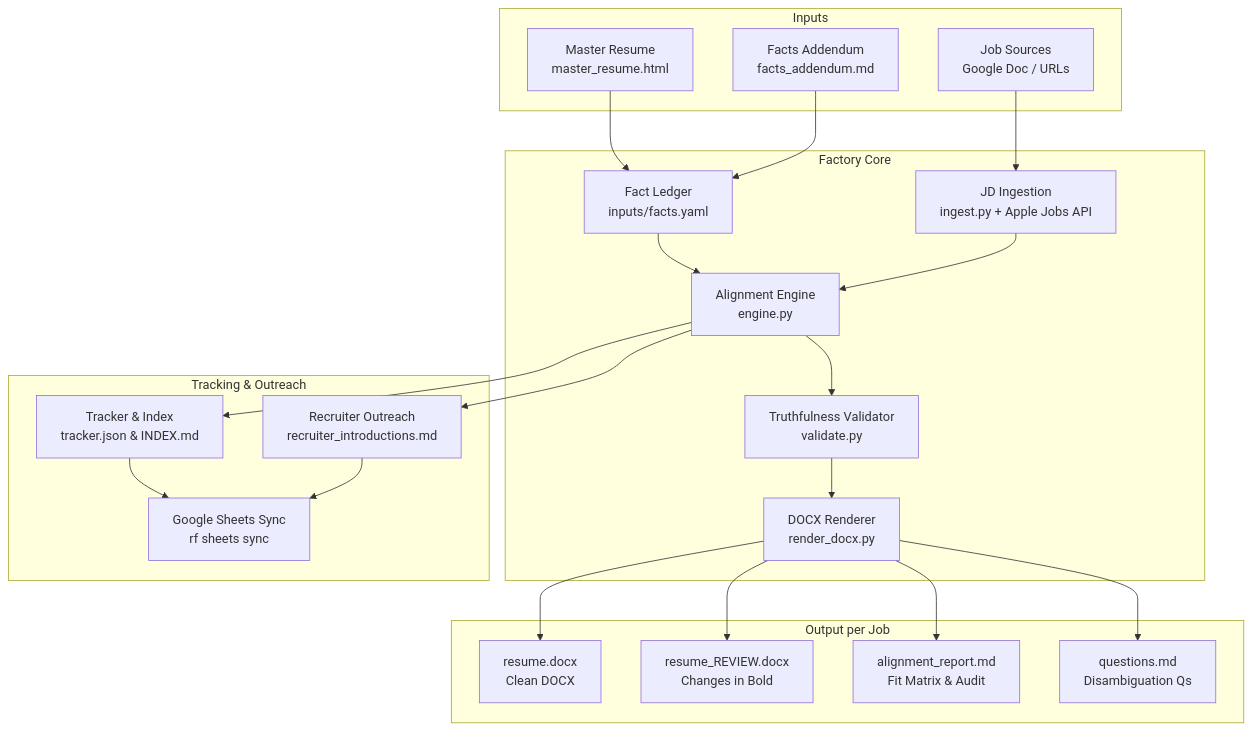
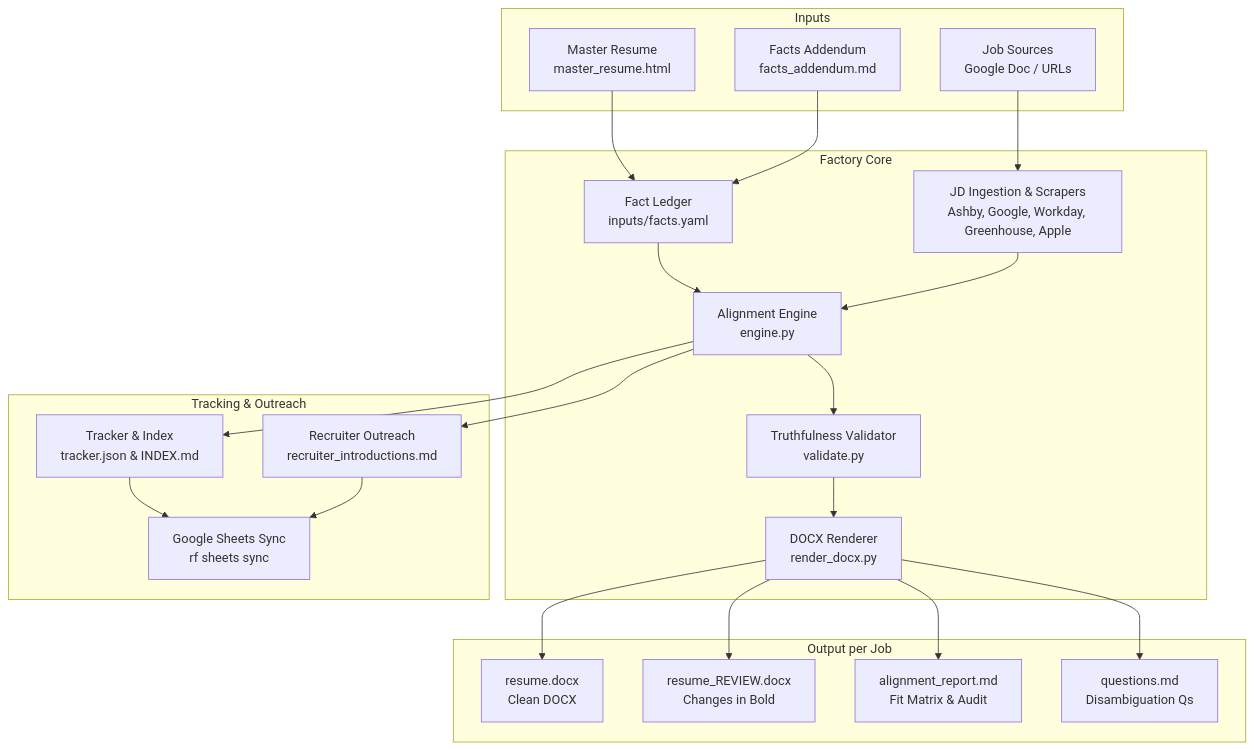
The first of 2 diagrams in README.md (TonyHsieh/resume-aligner), drawn with Mermaid before and after one commit. The commit also changed other lines of this file and 20 other files, not shown here.

````diff
--- a/README.md
+++ b/README.md
@@ -52,39 +54,39 @@
 ```mermaid
 flowchart TD
     subgraph Inputs
         MR[Master Resume<br/>master_resume.html]
         FA[Facts Addendum<br/>facts_addendum.md]
         GD[Job Sources<br/>Google Doc / URLs]
     end
 
     subgraph Factory Core
         FL[Fact Ledger<br/>inputs/facts.yaml]
-        JI[JD Ingestion<br/>ingest.py + Apple Jobs API]
+        JI[JD Ingestion & Scrapers<br/>Ashby, Google, Workday, Greenhouse, Apple]
         AE[Alignment Engine<br/>engine.py]
         VAL[Truthfulness Validator<br/>validate.py]
         RD[DOCX Renderer<br/>render_docx.py]
     end
 
     subgraph Output per Job
         DOC1[resume.docx<br/>Clean DOCX]
         DOC2[resume_REVIEW.docx<br/>Changes in Bold]
         RPT[alignment_report.md<br/>Fit Matrix & Audit]
         QST[questions.md<br/>Disambiguation Qs]
     end
 
     subgraph Tracking & Outreach
         TRK[Tracker & Index<br/>tracker.json & INDEX.md]
         REC[Recruiter Outreach<br/>recruiter_introductions.md]
         GSH[Google Sheets Sync<br/>rf sheets sync]
     end
 
     MR & FA --> FL
     GD --> JI
     FL & JI --> AE
     AE --> VAL
     VAL --> RD
     RD --> DOC1 & DOC2 & RPT & QST
     AE --> TRK
     AE --> REC
     TRK & REC --> GSH
 ```
````
